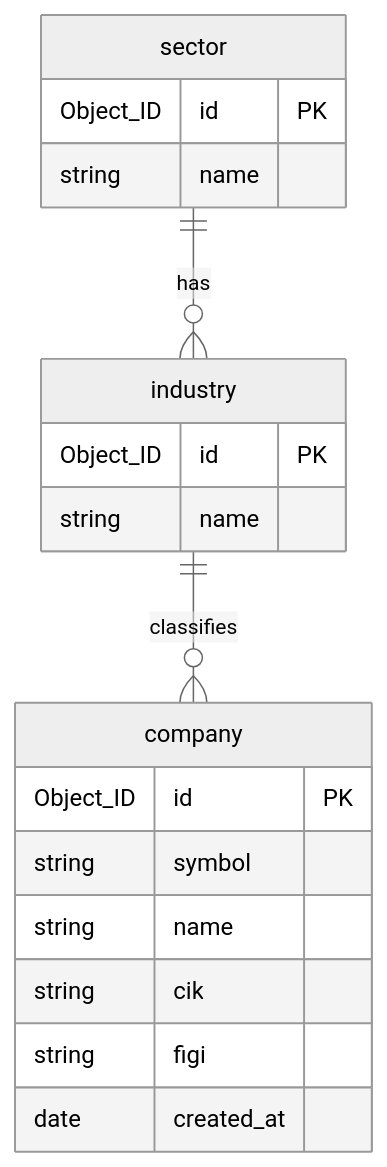
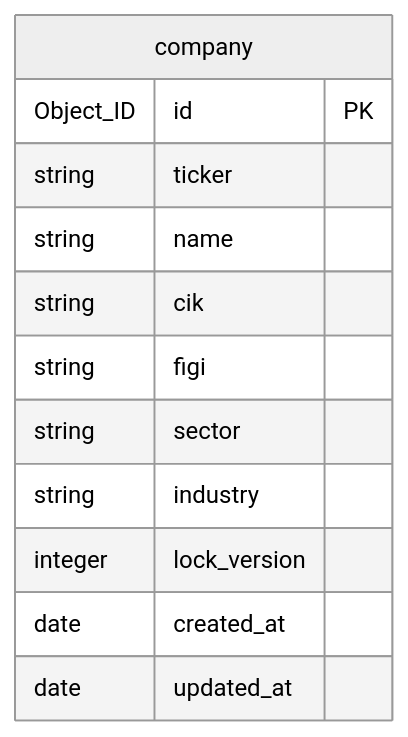
The first of 2 diagrams in design/master_list.md (dooley-ch/good_fundamentals), drawn with Mermaid (neutral theme) before and after one commit. The commit also changed other lines of this file and 2 other files, not shown here.

Commit message:
Updated documentation on master list

````diff
--- a/design/master_list.md
+++ b/design/master_list.md
@@ -12,24 +12,15 @@
 ```mermaid
-erDiagram
-    sector ||--o{ industry : has
-    industry ||--o{ company : classifies
-    
+erDiagram    
     company {
         Object_ID id PK
-        string symbol 
+        string ticker 
         string name
         string cik
         string figi
+        string sector
+        string industry
+        integer lock_version
         date created_at
+        date updated_at
     }
-        
-    industry {
-        Object_ID id PK
-        string name
-    }
-    
-    sector {
-        Object_ID id PK
-        string name
-    }    
 ```
````
